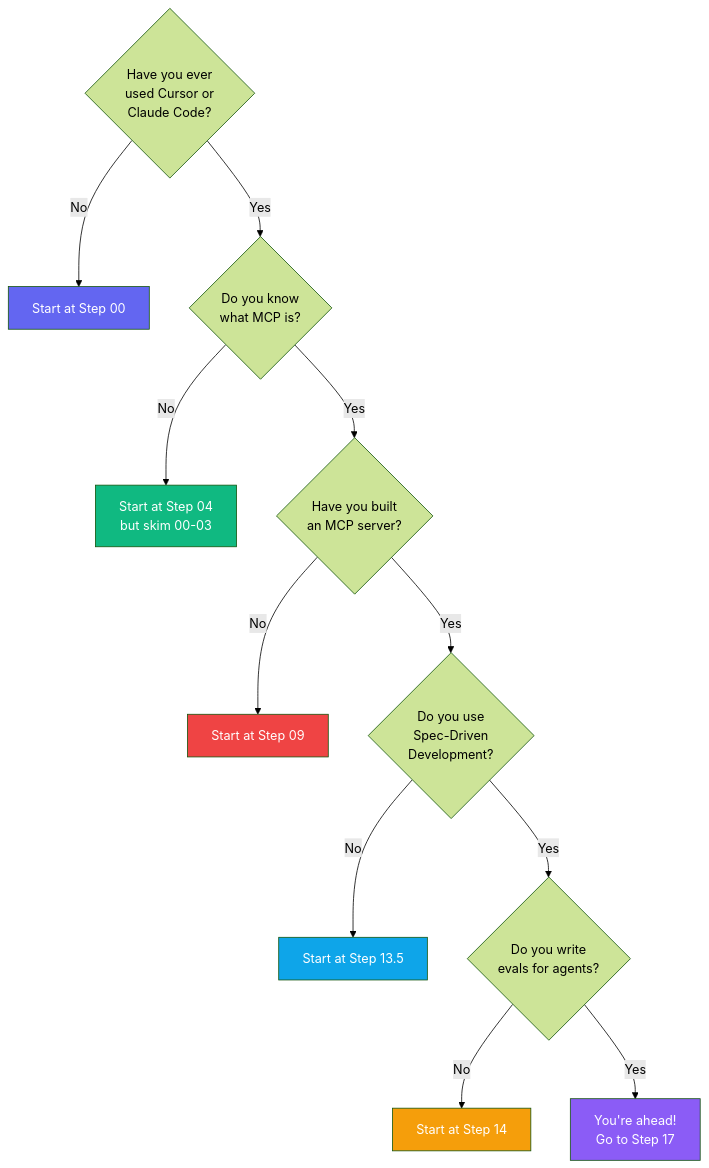
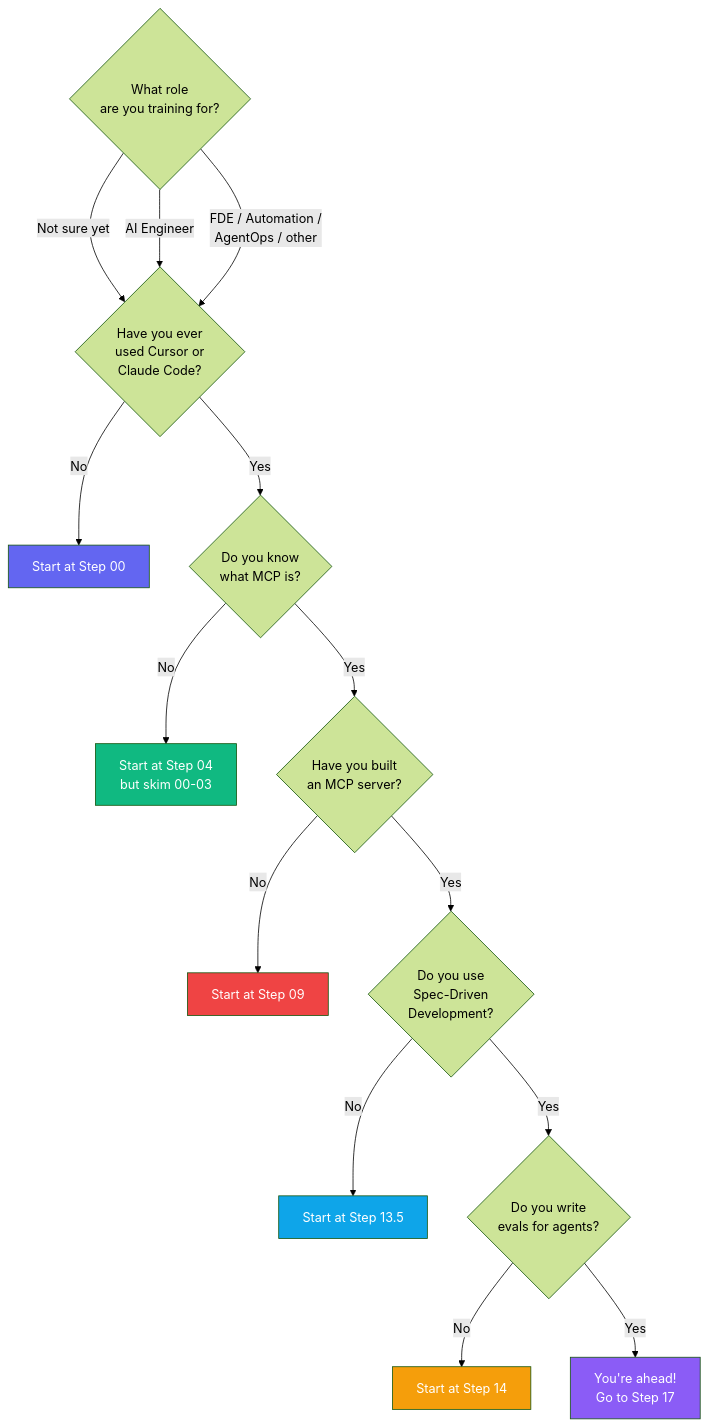
The second of 2 diagrams in ROADMAP.md (Isfhan/learn-agentic-coding), drawn with Mermaid (forest theme) before and after one commit. The commit also changed other lines of this file and 47 other files, not shown here.

First line of the commit message:
Add ML Engineer and Prompt Engineer roles; update roadmap steps for new models and features

````diff
--- a/ROADMAP.md
+++ b/ROADMAP.md
@@ -58,21 +96,24 @@
 ```mermaid
 flowchart TD
-    Q1{Have you ever<br/>used Cursor or<br/>Claude Code?}
+    Q0{What role<br/>are you training for?}
+    Q0 -->|Not sure yet| Q1{Have you ever<br/>used Cursor or<br/>Claude Code?}
+    Q0 -->|AI Engineer| Q1
+    Q0 -->|FDE / Automation /<br/>AgentOps / other| Q1
     Q1 -->|No| S0[Start at Step 00]
     Q1 -->|Yes| Q2{Do you know<br/>what MCP is?}
     Q2 -->|No| S4[Start at Step 04<br/>but skim 00-03]
     Q2 -->|Yes| Q3{Have you built<br/>an MCP server?}
     Q3 -->|No| S9[Start at Step 09]
     Q3 -->|Yes| Q35{Do you use<br/>Spec-Driven<br/>Development?}
     Q35 -->|No| S135[Start at Step 13.5]
     Q35 -->|Yes| Q4{Do you write<br/>evals for agents?}
     Q4 -->|No| S14[Start at Step 14]
     Q4 -->|Yes| S17[You're ahead!<br/>Go to Step 17]
 
     style S0 fill:#6366f1,color:#fff
     style S4 fill:#10b981,color:#fff
     style S9 fill:#ef4444,color:#fff
     style S135 fill:#0ea5e9,color:#fff
     style S14 fill:#f59e0b,color:#fff
     style S17 fill:#8b5cf6,color:#fff
 ```
````
